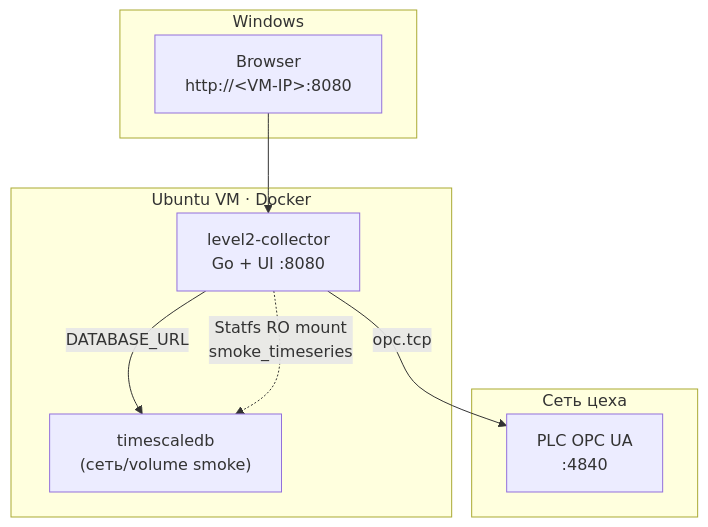
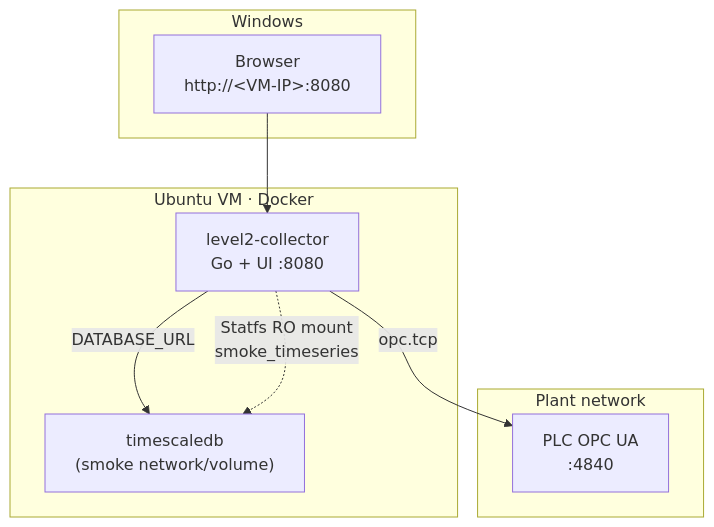
One commit to popelev/level2 changed the second of 3 diagrams in README.md. Above: the diagram before and after it, drawn with Mermaid. The commit also changed other lines of this file and 24 other files, not shown here.

````diff
--- a/README.md
+++ b/README.md
@@ -51,20 +51,20 @@
 ```mermaid
 flowchart TB
   subgraph WIN["Windows"]
     BR["Browser<br/>http://&lt;VM-IP&gt;:8080"]
   end
 
   subgraph VM["Ubuntu VM · Docker"]
     COL2["level2-collector<br/>Go + UI :8080"]
-    TS["timescaledb<br/>(сеть/volume smoke)"]
+    TS["timescaledb<br/>(smoke network/volume)"]
     COL2 -->|DATABASE_URL| TS
     COL2 -.->|Statfs RO mount<br/>smoke_timeseries| TS
   end
 
-  subgraph NET["Сеть цеха"]
+  subgraph NET["Plant network"]
     PLC2["PLC OPC UA<br/>:4840"]
   end
 
   BR --> COL2
   COL2 -->|opc.tcp| PLC2
 ```
````
